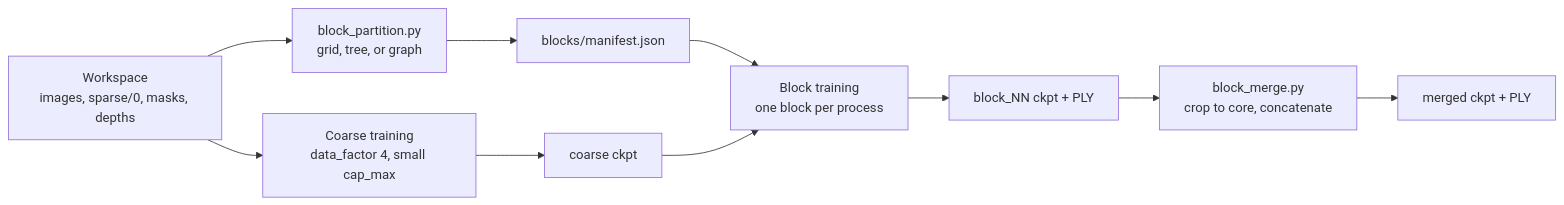
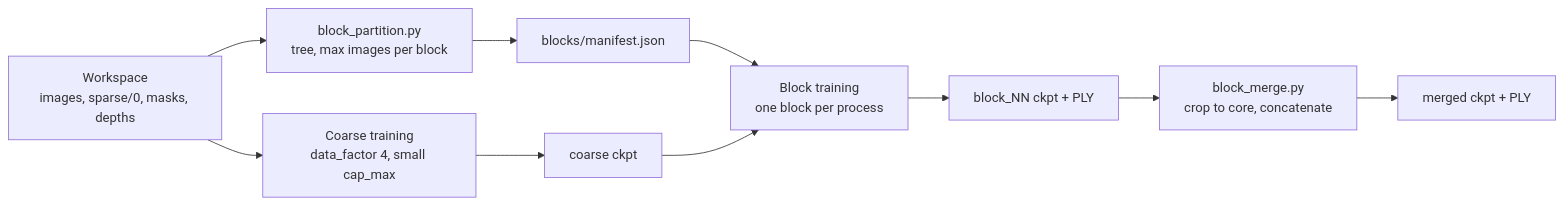
Before and after one commit to MapMindAI/EasyGaussianSplatting: the diagram in doc/block_training.md, drawn with Mermaid. The commit also changed other lines of this file and 2 other files, not shown here.

Commit message:
Assign cube-face images to blocks by geometric coverage; split the tree by image count

````diff
--- a/doc/block_training.md
+++ b/doc/block_training.md
@@ -24,12 +24,12 @@
 ```mermaid
 flowchart LR
     WS["Workspace<br/>images, sparse/0, masks, depths"] --> COARSE["Coarse training<br/>data_factor 4, small cap_max"]
     COARSE --> CKPT["coarse ckpt"]
-    WS --> PART["block_partition.py<br/>grid, tree, or graph"]
+    WS --> PART["block_partition.py<br/>tree, max images per block"]
     PART --> MANIFEST["blocks/manifest.json"]
     MANIFEST --> TRAIN["Block training<br/>one block per process"]
     CKPT --> TRAIN
     TRAIN --> BLOCKS["block_NN ckpt + PLY"]
     BLOCKS --> MERGE["block_merge.py<br/>crop to core, concatenate"]
     MERGE --> OUT["merged ckpt + PLY"]
 ```
````
